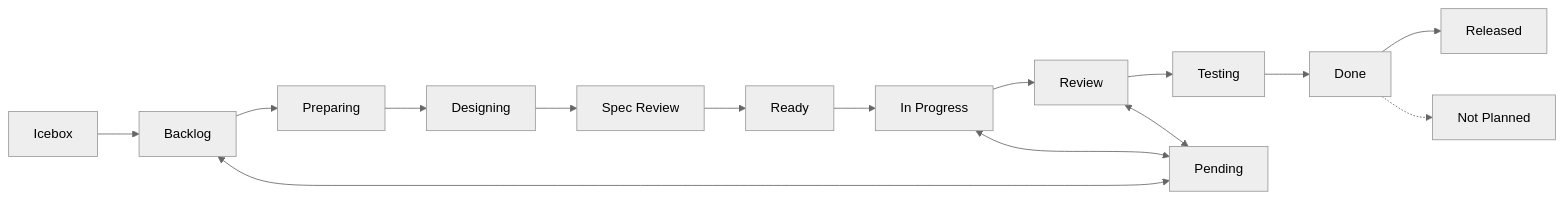
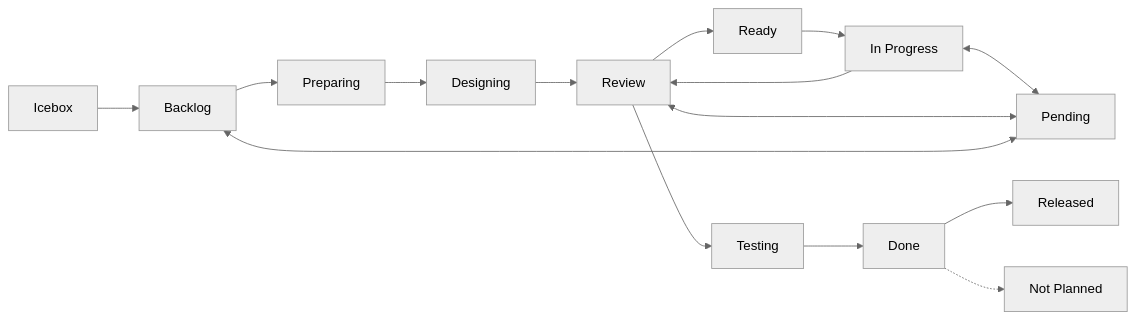
One commit to ShirokumaLibrary/shirokuma-plugins changed the diagram in shirokuma-skills-en/rules/github/project-items.md. Above: the diagram before and after it, drawn with Mermaid (neutral theme). The commit also changed other lines of this file and 51 other files, not shown here.

````diff
--- a/shirokuma-skills-en/rules/github/project-items.md
+++ b/shirokuma-skills-en/rules/github/project-items.md
@@ -22,9 +22,9 @@
 ```mermaid
 graph LR
-  Icebox --> Backlog --> Preparing --> Designing --> SpecReview[Spec Review]
-  SpecReview --> Ready --> InProgress[In Progress] --> Review --> Testing --> Done --> Released
+  Icebox --> Backlog --> Preparing --> Designing --> Review
+  Review --> Ready --> InProgress[In Progress] --> Review --> Testing --> Done --> Released
   InProgress <--> Pending
   Review <--> Pending
   Backlog <--> Pending
   Done -.-> NotPlanned[Not Planned]
 ```
````
